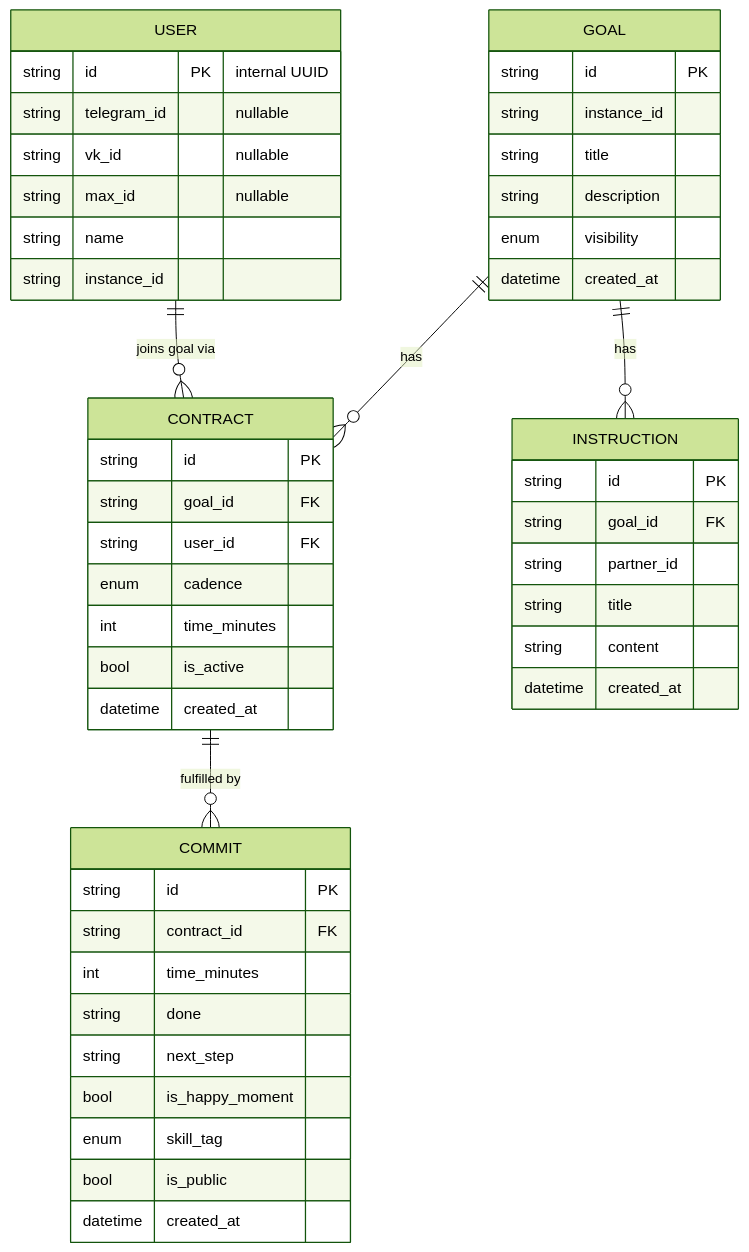
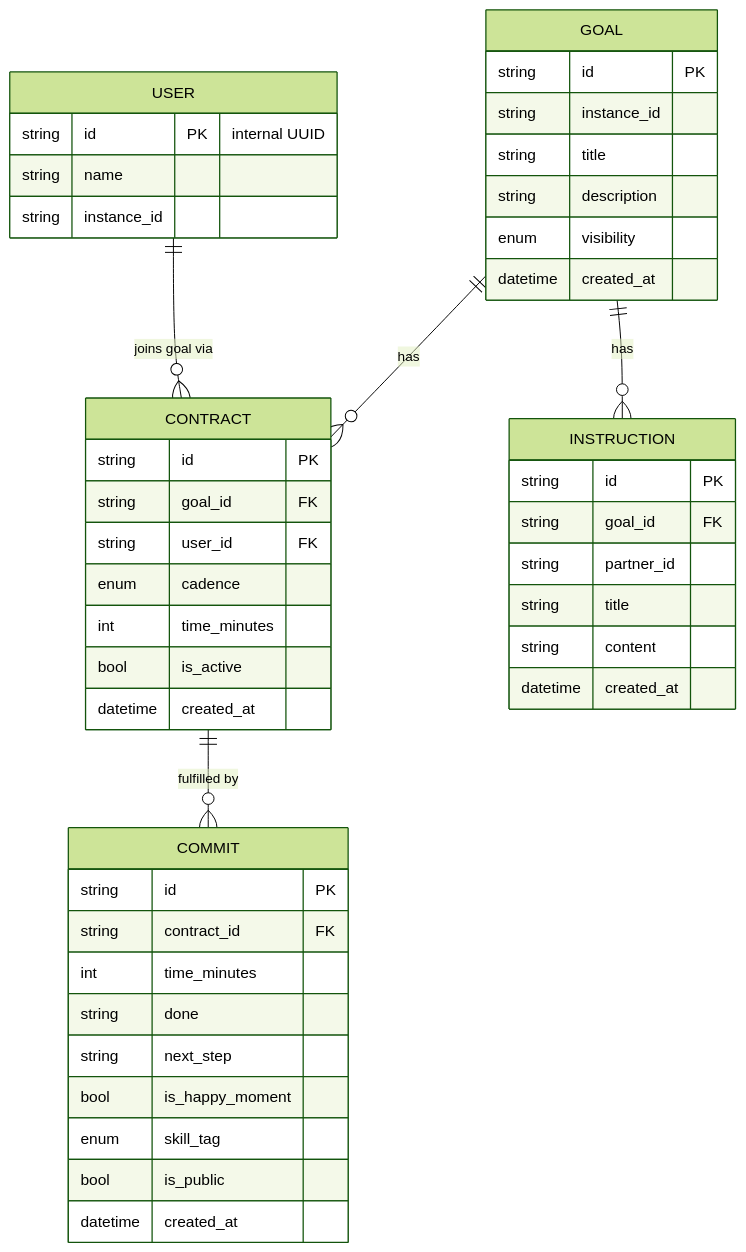
The first of 3 diagrams in README.md (shared-goals/prd), drawn with Mermaid (forest theme) before and after one commit. The commit also changed other lines of this file, not shown here.

First line of the commit message:
refactor: remove messenger/bot references, agent-first architecture (v1.24)

````diff
--- a/README.md
+++ b/README.md
@@ -130,52 +130,49 @@
 ```mermaid
 erDiagram
     USER {
         string id PK "internal UUID"
-        string telegram_id "nullable"
-        string vk_id "nullable"
-        string max_id "nullable"
         string name
         string instance_id
     }
     GOAL {
         string id PK
         string instance_id
         string title
         string description
         enum visibility
         datetime created_at
     }
     CONTRACT {
         string id PK
         string goal_id FK
         string user_id FK
         enum cadence
         int time_minutes
         bool is_active
         datetime created_at
     }
     COMMIT {
         string id PK
         string contract_id FK
         int time_minutes
         string done
         string next_step
         bool is_happy_moment
         enum skill_tag
         bool is_public
         datetime created_at
     }
     INSTRUCTION {
         string id PK
         string goal_id FK
         string partner_id
         string title
         string content
         datetime created_at
     }
 
     USER ||--o{ CONTRACT : "joins goal via"
     GOAL ||--o{ CONTRACT : "has"
     CONTRACT ||--o{ COMMIT : "fulfilled by"
     GOAL ||--o{ INSTRUCTION : "has"
 ```
````
